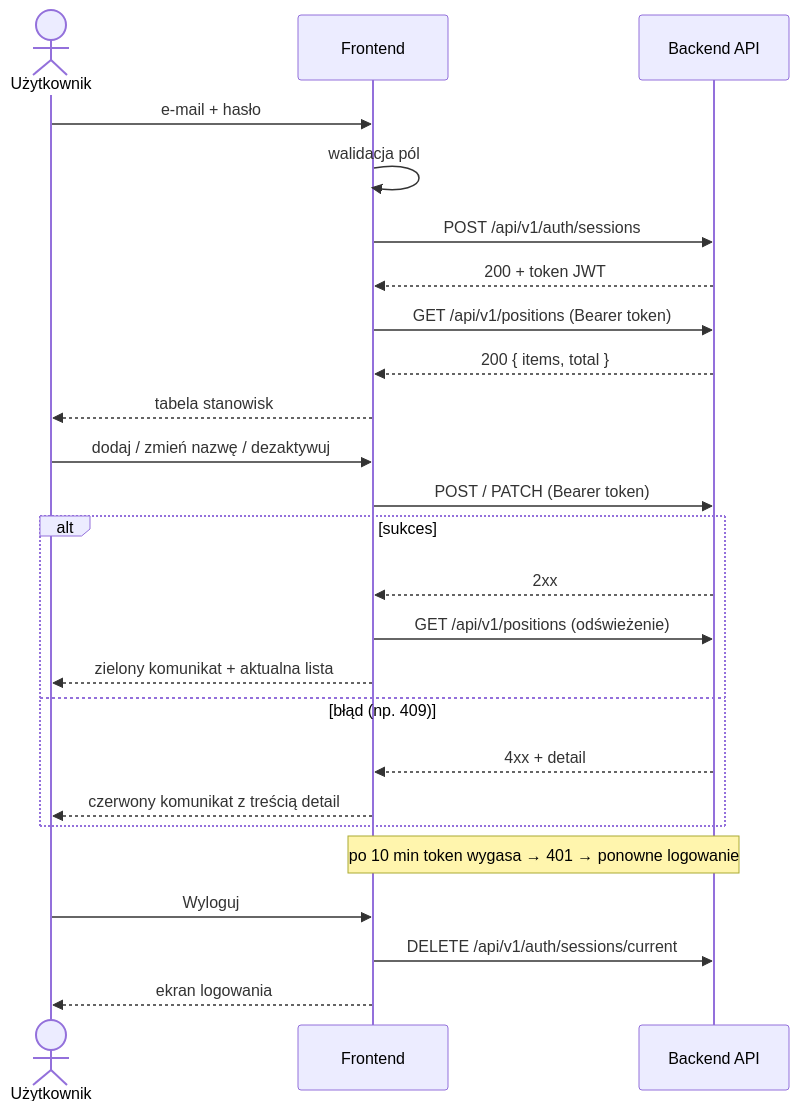
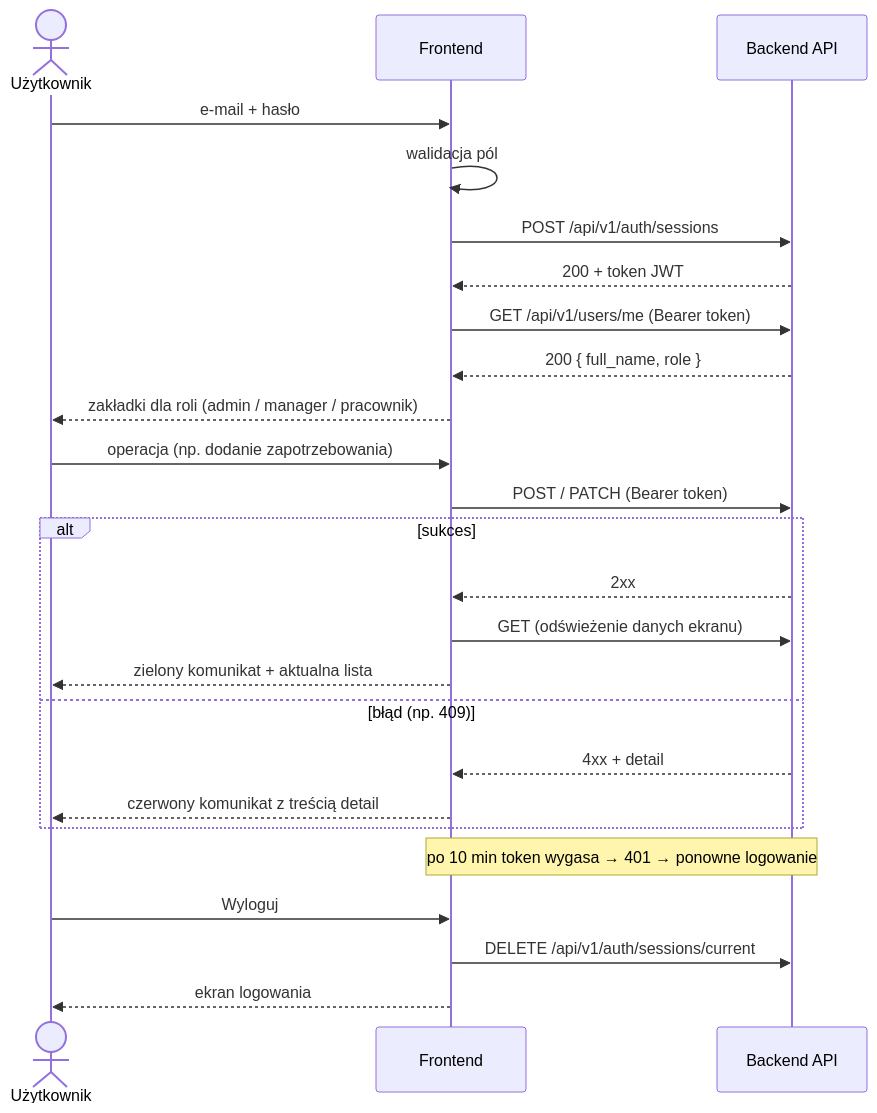
One commit to KacperPolarczyk/DreamPlanner changed the second of 3 diagrams in frontend/README.md. Above: the diagram before and after it, drawn with Mermaid. The commit also changed other lines of this file and 18 other files, not shown here.

````diff
--- a/frontend/README.md
+++ b/frontend/README.md
@@ -152,30 +219,30 @@
 ```mermaid
 sequenceDiagram
     actor U as Użytkownik
     participant F as Frontend
     participant B as Backend API
 
     U->>F: e-mail + hasło
     F->>F: walidacja pól
     F->>B: POST /api/v1/auth/sessions
     B-->>F: 200 + token JWT
-    F->>B: GET /api/v1/positions (Bearer token)
-    B-->>F: 200 { items, total }
-    F-->>U: tabela stanowisk
+    F->>B: GET /api/v1/users/me (Bearer token)
+    B-->>F: 200 { full_name, role }
+    F-->>U: zakładki dla roli (admin / manager / pracownik)
 
-    U->>F: dodaj / zmień nazwę / dezaktywuj
+    U->>F: operacja (np. dodanie zapotrzebowania)
     F->>B: POST / PATCH (Bearer token)
     alt sukces
         B-->>F: 2xx
-        F->>B: GET /api/v1/positions (odświeżenie)
+        F->>B: GET (odświeżenie danych ekranu)
         F-->>U: zielony komunikat + aktualna lista
     else błąd (np. 409)
         B-->>F: 4xx + detail
         F-->>U: czerwony komunikat z treścią detail
     end
     Note over F,B: po 10 min token wygasa → 401 → ponowne logowanie
 
     U->>F: Wyloguj
     F->>B: DELETE /api/v1/auth/sessions/current
     F-->>U: ekran logowania
 ```
````
